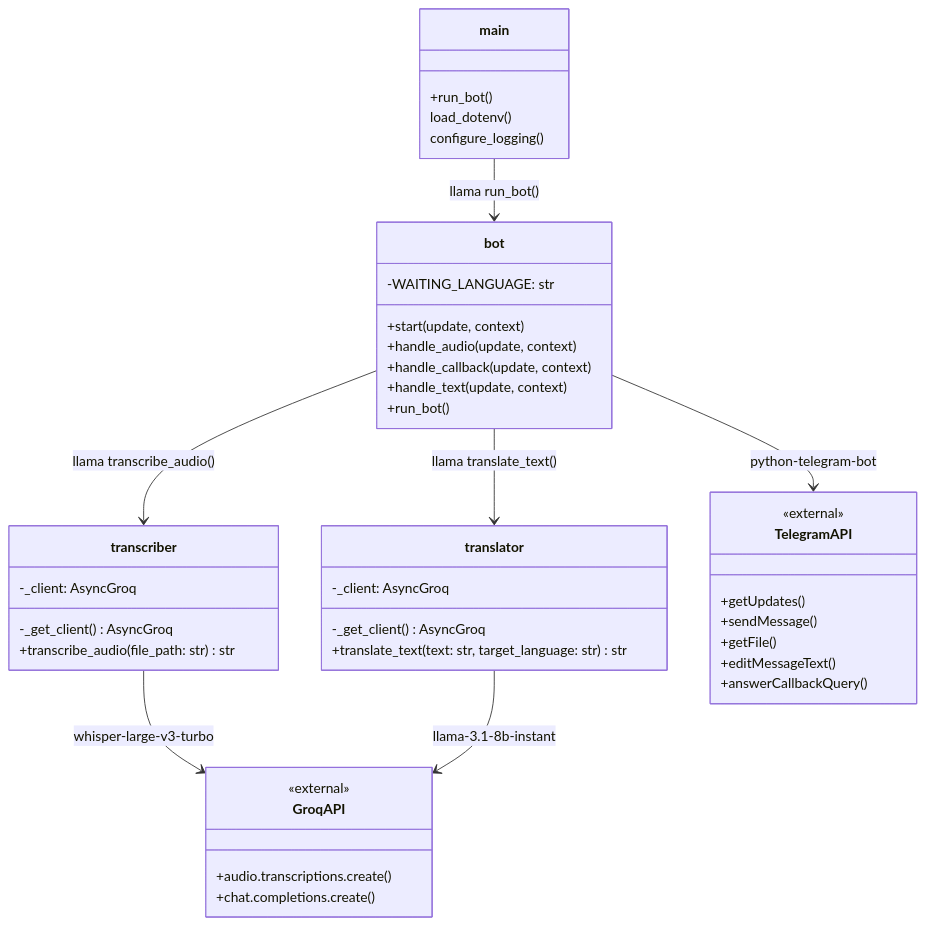
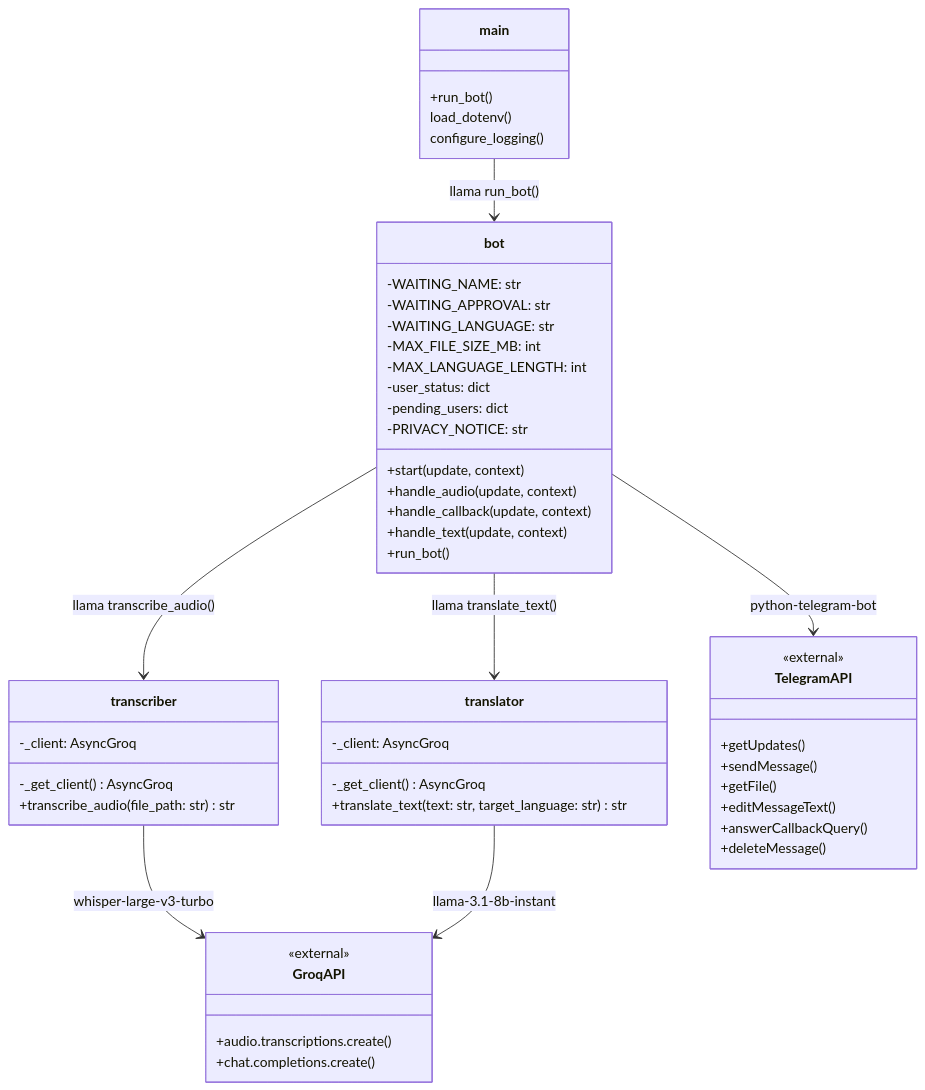
Before and after one commit to xreche/audio-transcriber-bot: the diagram in docs/class-diagram.md, drawn with Mermaid. The commit also changed other lines of this file and 7 other files, not shown here.

````diff
--- a/docs/class-diagram.md
+++ b/docs/class-diagram.md
@@ -9,52 +9,60 @@
 ```mermaid
 classDiagram
 
     class main {
         +run_bot()
         load_dotenv()
         configure_logging()
     }
 
     class bot {
+        -WAITING_NAME: str
+        -WAITING_APPROVAL: str
         -WAITING_LANGUAGE: str
+        -MAX_FILE_SIZE_MB: int
+        -MAX_LANGUAGE_LENGTH: int
+        -user_status: dict
+        -pending_users: dict
+        -PRIVACY_NOTICE: str
         +start(update, context)
         +handle_audio(update, context)
         +handle_callback(update, context)
         +handle_text(update, context)
         +run_bot()
     }
 
     class transcriber {
         -_client: AsyncGroq
         -_get_client() AsyncGroq
         +transcribe_audio(file_path: str) str
     }
 
     class translator {
         -_client: AsyncGroq
         -_get_client() AsyncGroq
         +translate_text(text: str, target_language: str) str
     }
 
     class GroqAPI {
         <<external>>
         +audio.transcriptions.create()
         +chat.completions.create()
     }
 
     class TelegramAPI {
         <<external>>
         +getUpdates()
         +sendMessage()
         +getFile()
         +editMessageText()
         +answerCallbackQuery()
+        +deleteMessage()
     }
 
     main --> bot : llama run_bot()
     bot --> transcriber : llama transcribe_audio()
     bot --> translator : llama translate_text()
     transcriber --> GroqAPI : whisper-large-v3-turbo
     translator --> GroqAPI : llama-3.1-8b-instant
     bot --> TelegramAPI : python-telegram-bot
 ```
````
